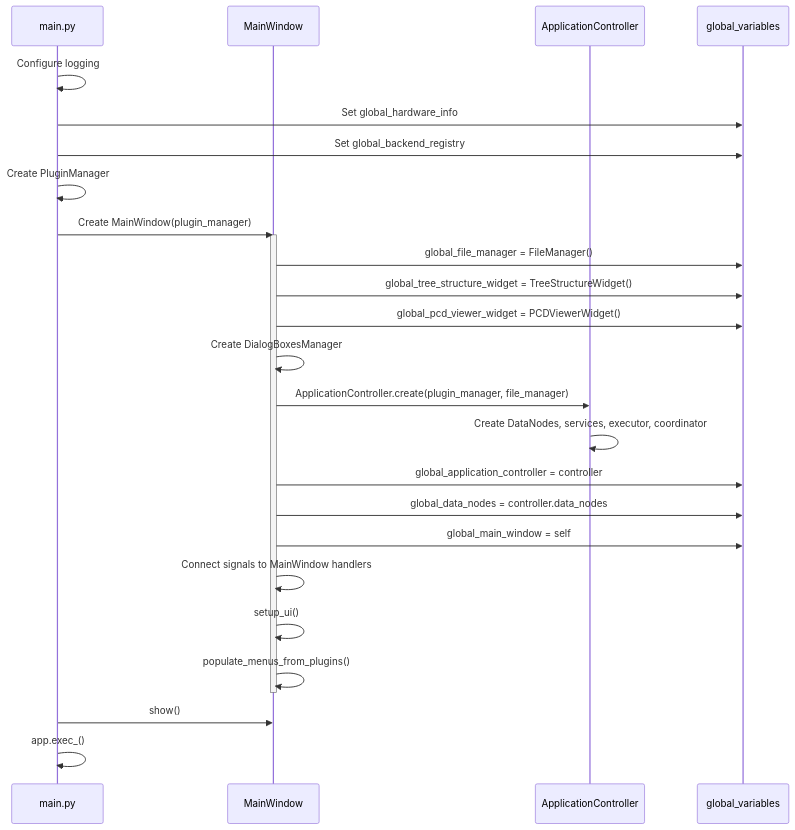
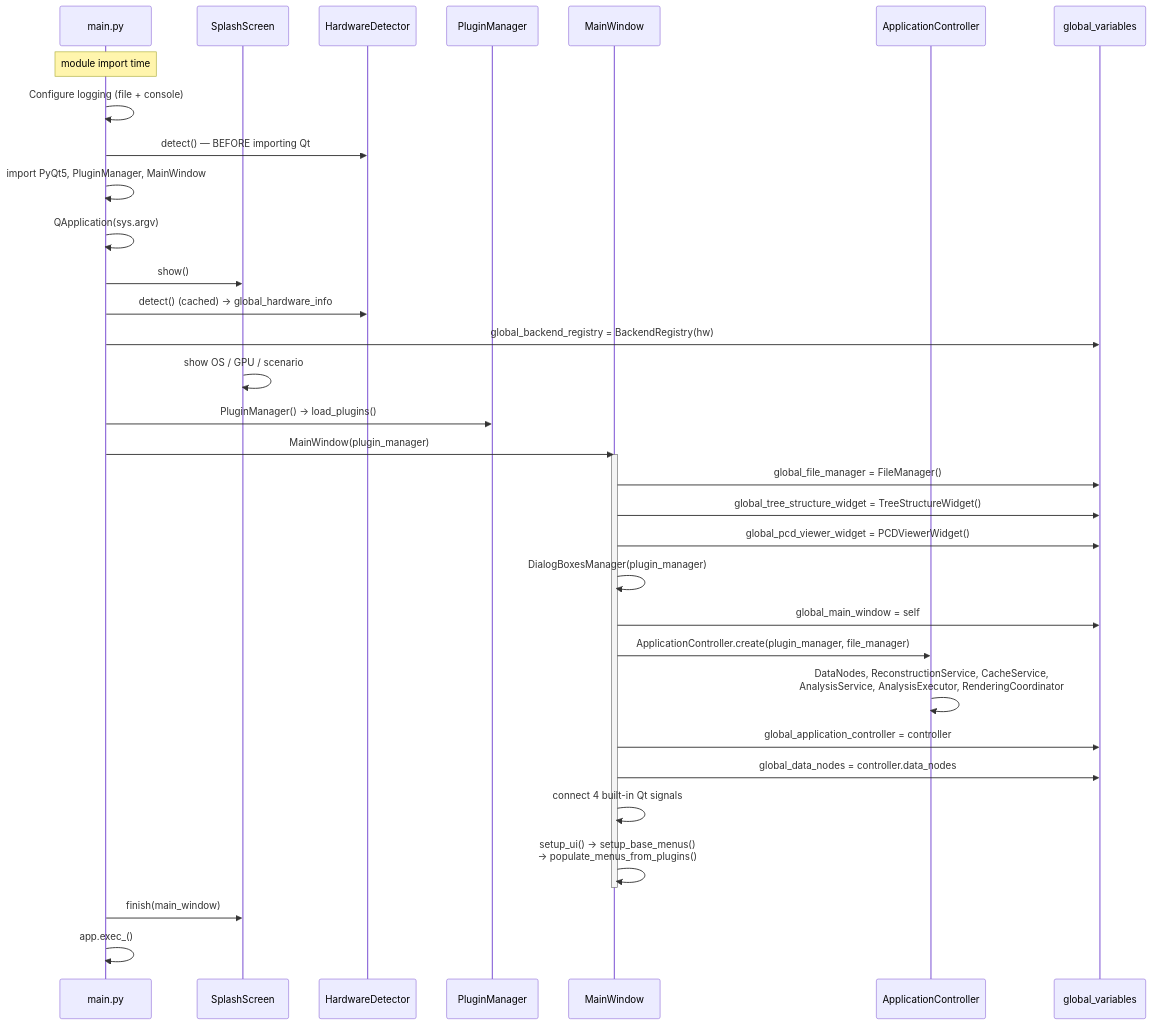
The second of 8 diagrams in ARCHITECTURE.md (Sepehr-Sobhani-AU/SPCToolkit), drawn with Mermaid before and after one commit. The commit also changed other lines of this file and 2 other files, not shown here.

First line of the commit message:
docs: refresh the architecture references and add generated diagrams

````diff
--- a/ARCHITECTURE.md
+++ b/ARCHITECTURE.md
@@ -111,32 +121,40 @@
 ```mermaid
 sequenceDiagram
     participant M as main.py
+    participant SP as SplashScreen
+    participant HD as HardwareDetector
+    participant PM as PluginManager
     participant MW as MainWindow
     participant AC as ApplicationController
     participant GV as global_variables
 
-    M->>M: Configure logging
-    M->>GV: Set global_hardware_info
-    M->>GV: Set global_backend_registry
-    M->>M: Create PluginManager
+    Note over M: module import time
+    M->>M: Configure logging (file + console)
+    M->>HD: detect()  — BEFORE importing Qt
+    M->>M: import PyQt5, PluginManager, MainWindow
 
-    M->>MW: Create MainWindow(plugin_manager)
+    M->>M: QApplication(sys.argv)
+    M->>SP: show()
+    M->>HD: detect() (cached) → global_hardware_info
+    M->>GV: global_backend_registry = BackendRegistry(hw)
+    SP->>SP: show OS / GPU / scenario
+    M->>PM: PluginManager()  → load_plugins()
 
+    M->>MW: MainWindow(plugin_manager)
     activate MW
     MW->>GV: global_file_manager = FileManager()
     MW->>GV: global_tree_structure_widget = TreeStructureWidget()
     MW->>GV: global_pcd_viewer_widget = PCDViewerWidget()
-    MW->>MW: Create DialogBoxesManager
+    MW->>MW: DialogBoxesManager(plugin_manager)
+    MW->>GV: global_main_window = self
     MW->>AC: ApplicationController.create(plugin_manager, file_manager)
-    AC->>AC: Create DataNodes, services, executor, coordinator
+    AC->>AC: DataNodes, ReconstructionService, CacheService,<br/>AnalysisService, AnalysisExecutor, RenderingCoordinator
     MW->>GV: global_application_controller = controller
     MW->>GV: global_data_nodes = controller.data_nodes
-    MW->>GV: global_main_window = self
-    MW->>MW: Connect signals to MainWindow handlers
-    MW->>MW: setup_ui()
-    MW->>MW: populate_menus_from_plugins()
+    MW->>MW: connect 4 built-in Qt signals
+    MW->>MW: setup_ui() → setup_base_menus()<br/>→ populate_menus_from_plugins()
     deactivate MW
 
-    M->>MW: show()
+    M->>SP: finish(main_window)
     M->>M: app.exec_()
 ```
````
